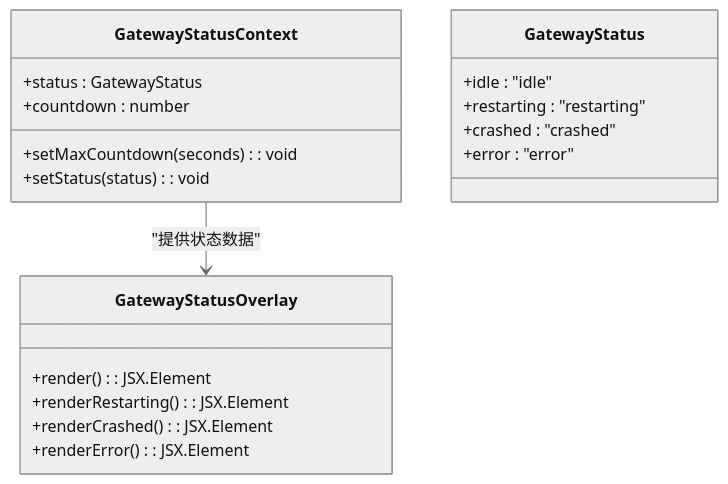
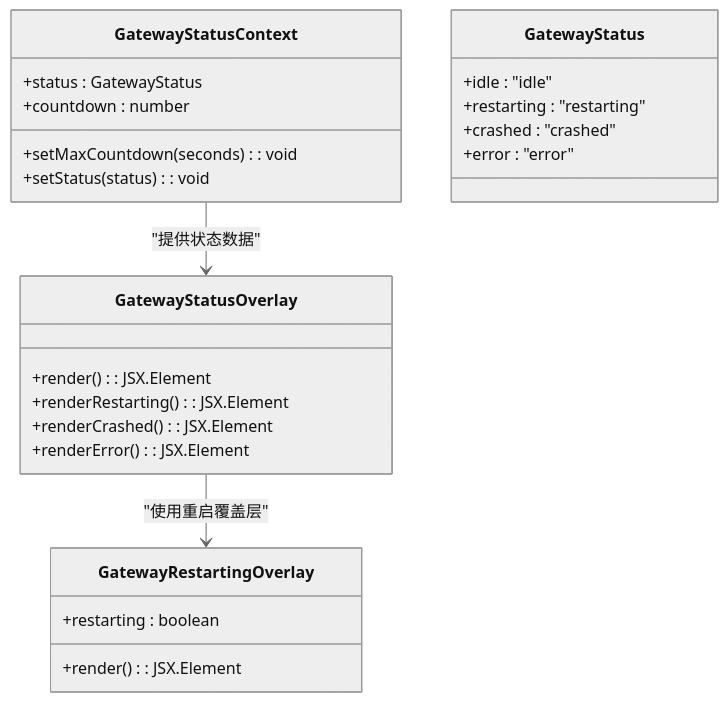
One commit to verse-ai-org/openclaw changed diagram 22 of 57 in .qoder/repowiki/zh/content/核心概念/Electron应用增强.md. Above: the diagram before and after it, drawn with Mermaid (neutral theme). The commit also changed other lines of this file and 19 other files, not shown here.

````diff
--- a/.qoder/repowiki/zh/content/核心概念/Electron应用增强.md
+++ b/.qoder/repowiki/zh/content/核心概念/Electron应用增强.md
@@ -1257,22 +1445,27 @@
 ```mermaid
 classDiagram
 class GatewayStatusContext {
 +status : GatewayStatus
 +countdown : number
 +setMaxCountdown(seconds) : void
 +setStatus(status) : void
 }
 class GatewayStatusOverlay {
 +render() : JSX.Element
 +renderRestarting() : JSX.Element
 +renderCrashed() : JSX.Element
 +renderError() : JSX.Element
 }
 class GatewayStatus {
 +idle : "idle"
 +restarting : "restarting"
 +crashed : "crashed"
 +error : "error"
 }
+class GatewayRestartingOverlay {
++restarting : boolean
++render() : JSX.Element
+}
 GatewayStatusContext --> GatewayStatusOverlay : "提供状态数据"
+GatewayStatusOverlay --> GatewayRestartingOverlay : "使用重启覆盖层"
 ```
````
